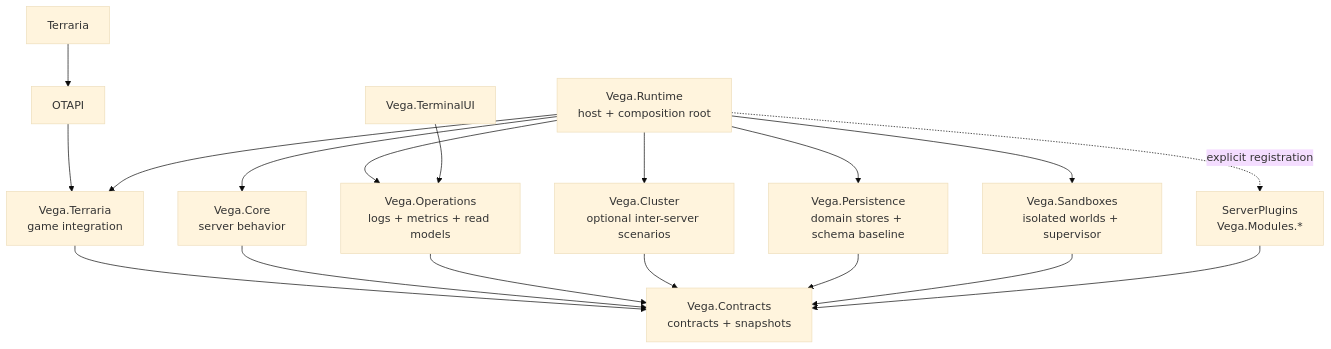
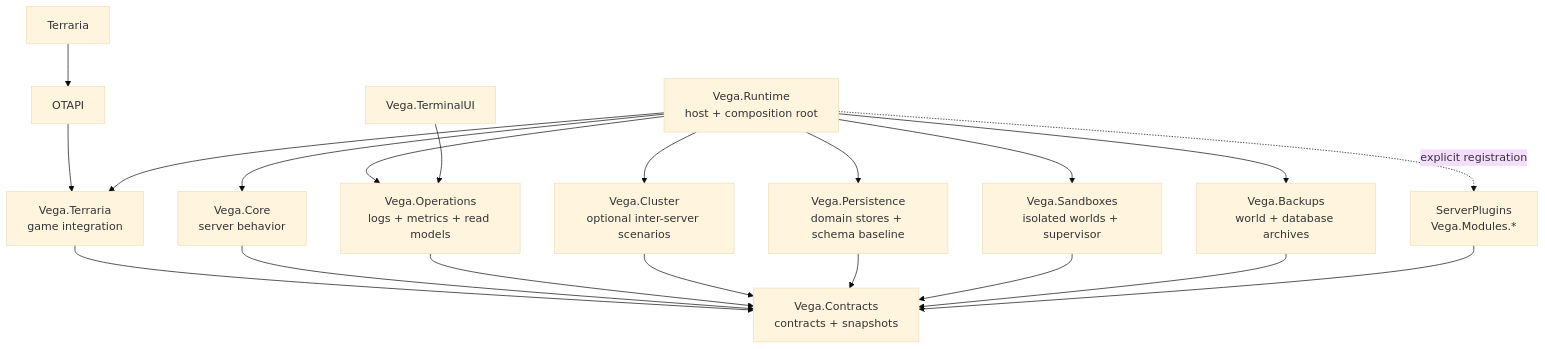
The diagram in README_EN.md (VegaKernel/Vega), drawn with Mermaid (base theme) before and after one commit. The commit also changed other lines of this file and 36 other files, not shown here.

````diff
--- a/README_EN.md
+++ b/README_EN.md
@@ -17,23 +17,25 @@
 ```mermaid
 flowchart TB
     Terraria["Terraria"] --> OTAPI["OTAPI"]
     OTAPI --> TerrariaAdapter["Vega.Terraria<br/>game integration"]
 
     Runtime["Vega.Runtime<br/>host + composition root"] --> TerrariaAdapter
     Runtime --> Core["Vega.Core<br/>server behavior"]
     Runtime --> Operations["Vega.Operations<br/>logs + metrics + read models"]
     Runtime --> Cluster["Vega.Cluster<br/>optional inter-server scenarios"]
     Runtime --> Persistence["Vega.Persistence<br/>domain stores + schema baseline"]
     Runtime --> Sandboxes["Vega.Sandboxes<br/>isolated worlds + supervisor"]
+    Runtime --> Backups["Vega.Backups<br/>world + database archives"]
     Runtime -. "explicit registration" .-> Modules["ServerPlugins<br/>Vega.Modules.*"]
 
     TerrariaAdapter --> Contracts["Vega.Contracts<br/>contracts + snapshots"]
     Core --> Contracts
     Operations --> Contracts
     Cluster --> Contracts
     Persistence --> Contracts
     Sandboxes --> Contracts
+    Backups --> Contracts
     Modules --> Contracts
 
     TerminalUI["Vega.TerminalUI"] --> Operations
 ```
````
